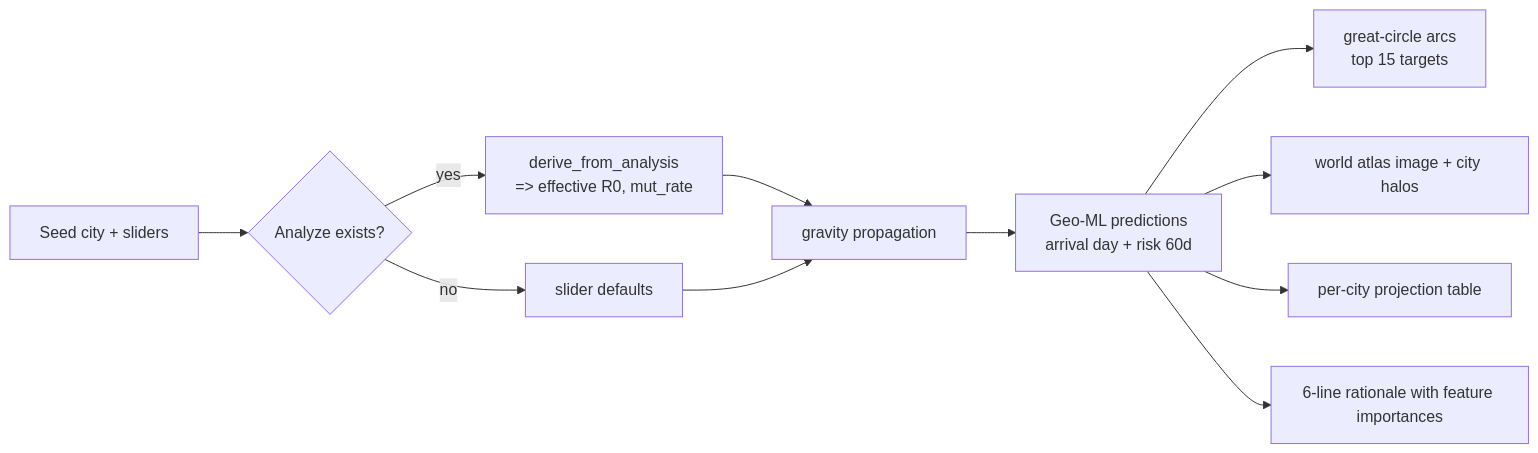
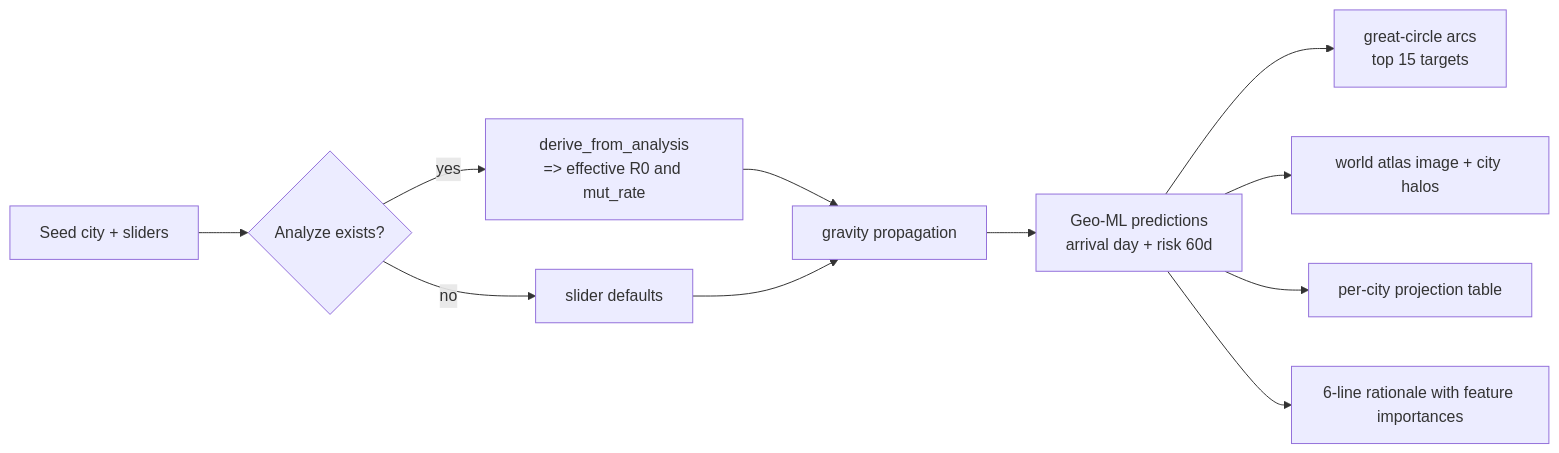
Before and after one commit to Blinchikee0/GermoVision_AI_forecast: the third of 5 diagrams in README.md, drawn with Mermaid. The commit also changed other lines of this file, not shown here.

Commit message:
readme: fix katex braces, mermaid nodes, switch to white logo

````diff
--- a/README.md
+++ b/README.md
@@ -173,13 +173,13 @@
 ```mermaid
 flowchart LR
-    seed[Seed city + sliders] --> genome{Analyze exists?}
-    genome -->|yes| boost[derive_from_analysis\n=> effective R0, mut_rate]
-    genome -->|no| slid[slider defaults]
-    boost --> sim[gravity propagation]
+    seed["Seed city + sliders"] --> genome{"Analyze exists?"}
+    genome -->|yes| boost["derive_from_analysis<br/>=> effective R0 and mut_rate"]
+    genome -->|no| slid["slider defaults"]
+    boost --> sim["gravity propagation"]
     slid --> sim
-    sim --> ml[Geo-ML predictions\narrival day + risk 60d]
-    ml --> arcs[great-circle arcs\ntop 15 targets]
-    ml --> map[world atlas image + city halos]
-    ml --> table[per-city projection table]
-    ml --> verdict[6-line rationale with feature importances]
+    sim --> ml["Geo-ML predictions<br/>arrival day + risk 60d"]
+    ml --> arcs["great-circle arcs<br/>top 15 targets"]
+    ml --> map["world atlas image + city halos"]
+    ml --> table["per-city projection table"]
+    ml --> verdict["6-line rationale with feature importances"]
 ```
````
